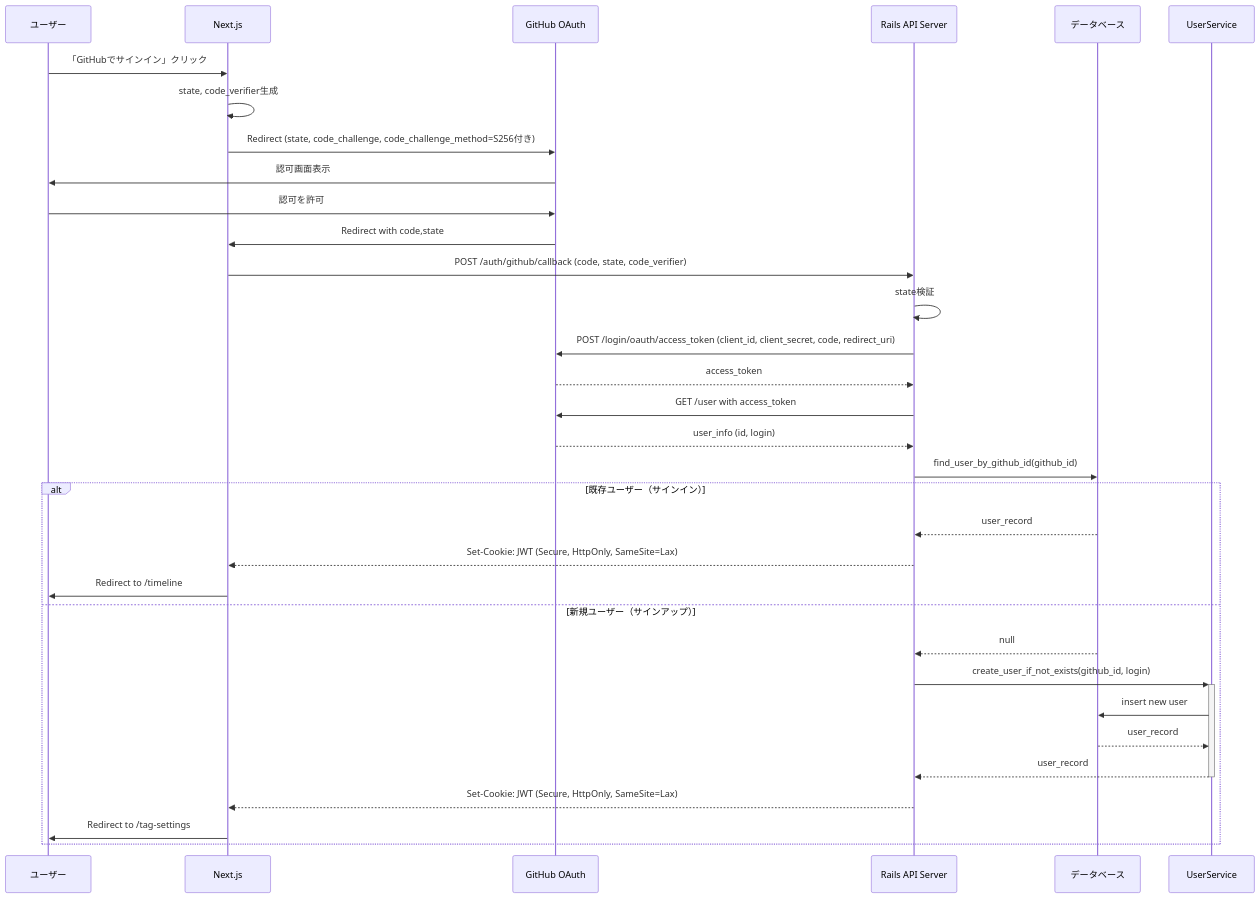
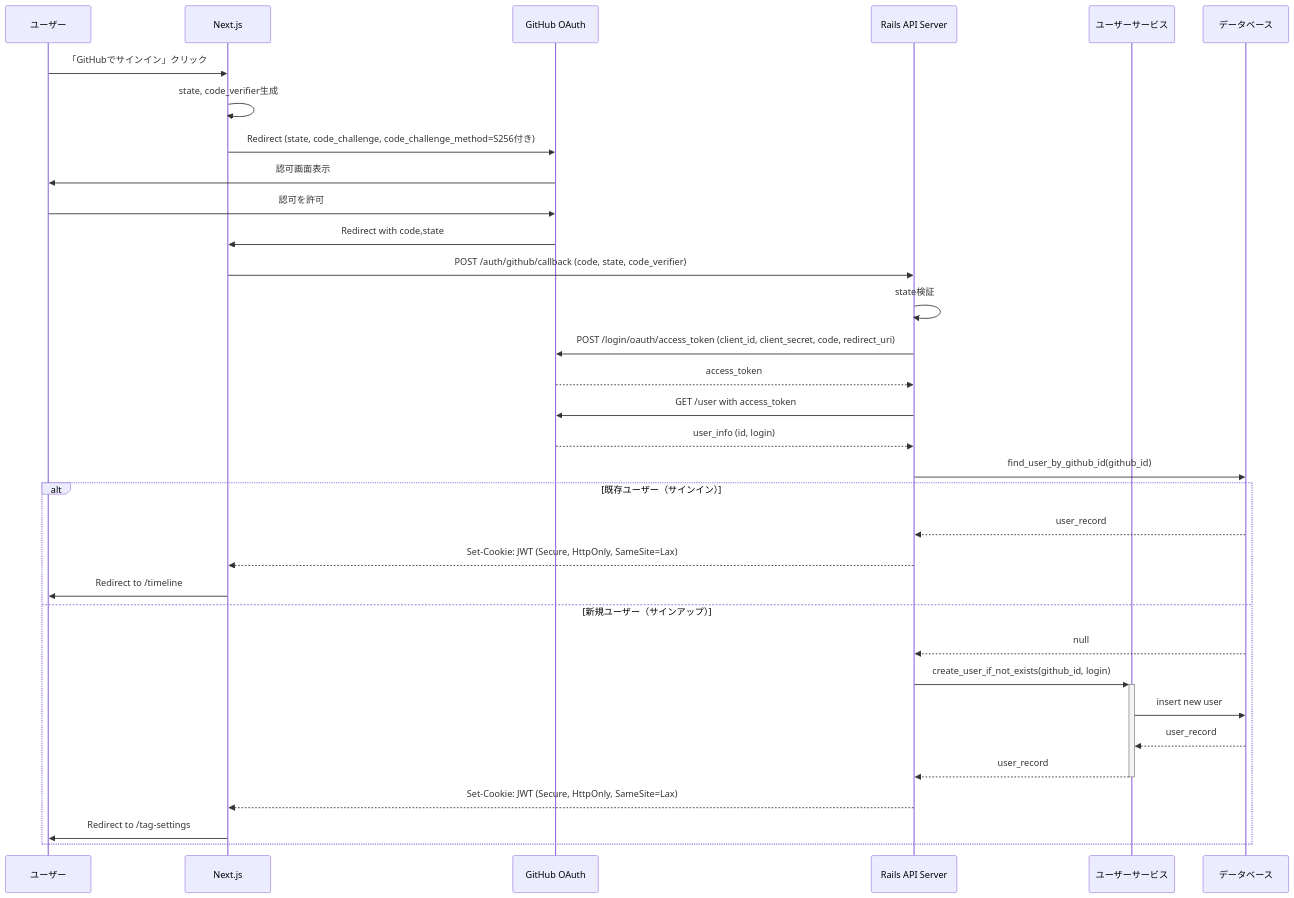
One commit to tsukuneA1/git-feed changed the diagram in signin-sequence.md. Above: the diagram before and after it, drawn with Mermaid.

Commit message:
fix:participants見直し

````diff
--- a/signin-sequence.md
+++ b/signin-sequence.md
@@ -1,35 +1,36 @@
 ```mermaid
 sequenceDiagram
     participant User as ユーザー
     participant Frontend as Next.js
     participant GitHub as GitHub OAuth
     participant RailsAPI as Rails API Server
+    participant UserService as ユーザーサービス
     participant DB as データベース
 
     User ->> Frontend: 「GitHubでサインイン」クリック
     Frontend ->> Frontend: state, code_verifier生成
     Frontend ->> GitHub: Redirect (state, code_challenge, code_challenge_method=S256付き)
     GitHub ->> User: 認可画面表示
     User ->> GitHub: 認可を許可
     GitHub ->> Frontend: Redirect with code,state
     Frontend ->> RailsAPI: POST /auth/github/callback (code, state, code_verifier)
     RailsAPI ->> RailsAPI: state検証
     RailsAPI ->> GitHub: POST /login/oauth/access_token (client_id, client_secret, code, redirect_uri)
     GitHub -->> RailsAPI: access_token
     RailsAPI ->> GitHub: GET /user with access_token
     GitHub -->> RailsAPI: user_info (id, login)
     RailsAPI ->> DB: find_user_by_github_id(github_id)
     alt 既存ユーザー（サインイン）
         DB -->> RailsAPI: user_record
         RailsAPI -->> Frontend: Set-Cookie: JWT (Secure, HttpOnly, SameSite=Lax)
         Frontend ->> User: Redirect to /timeline
     else 新規ユーザー（サインアップ）
         DB -->> RailsAPI: null
         RailsAPI ->>+ UserService: create_user_if_not_exists(github_id, login)
         UserService ->> DB: insert new user
         DB -->> UserService: user_record
         UserService -->>- RailsAPI: user_record
         RailsAPI -->> Frontend: Set-Cookie: JWT (Secure, HttpOnly, SameSite=Lax)
         Frontend ->> User: Redirect to /tag-settings
     end
 ```
````
